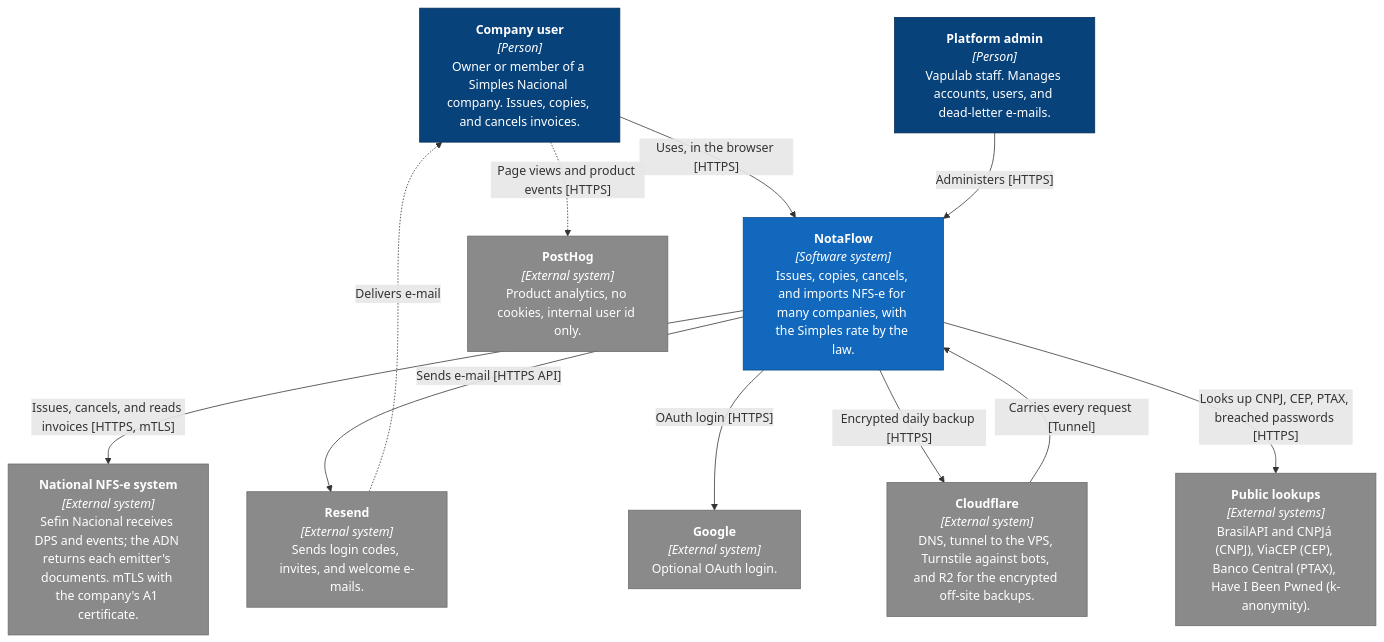
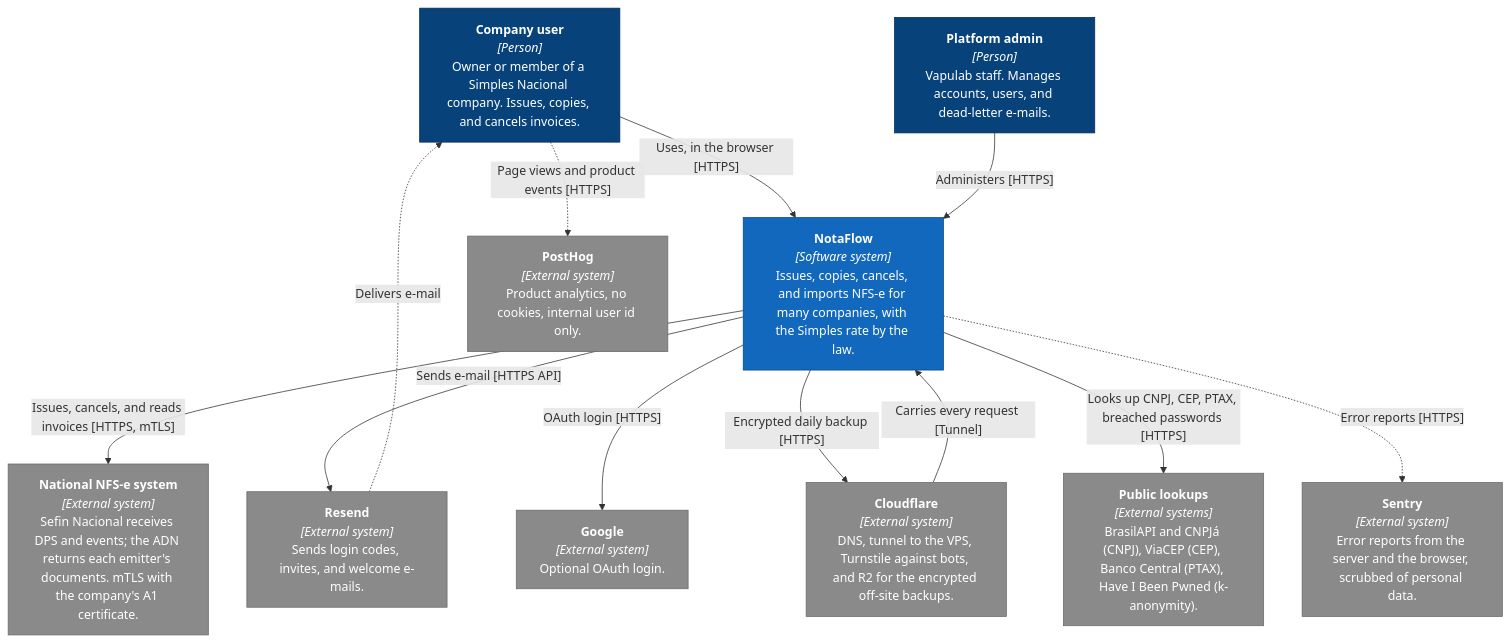
The diagram in docs/ENGINEERING/ARCHITECTURE/diagrams/c4-1-context.mmd (Vapulab/notaflow), drawn with Mermaid before and after one commit. The commit also changed 26 other files, not shown here.

First line of the commit message:
feat: error reports to Sentry, scrubbed of personal data

```diff
--- a/docs/ENGINEERING/ARCHITECTURE/diagrams/c4-1-context.mmd
+++ b/docs/ENGINEERING/ARCHITECTURE/diagrams/c4-1-context.mmd
@@ -1,31 +1,33 @@
 %% C4 level 1: system context. Render with diagrams/render.html (see README.md).
 flowchart TB
   owner["<b>Company user</b><br/><i>[Person]</i><br/>Owner or member of a Simples Nacional company. Issues, copies, and cancels invoices."]
   admin["<b>Platform admin</b><br/><i>[Person]</i><br/>Vapulab staff. Manages accounts, users, and dead-letter e-mails."]
 
   notaflow["<b>NotaFlow</b><br/><i>[Software system]</i><br/>Issues, copies, cancels, and imports NFS-e for many companies, with the Simples rate by the law."]
 
   nacional["<b>National NFS-e system</b><br/><i>[External system]</i><br/>Sefin Nacional receives DPS and events; the ADN returns each emitter's documents. mTLS with the company's A1 certificate."]
   resend["<b>Resend</b><br/><i>[External system]</i><br/>Sends login codes, invites, and welcome e-mails."]
   google["<b>Google</b><br/><i>[External system]</i><br/>Optional OAuth login."]
   cloudflare["<b>Cloudflare</b><br/><i>[External system]</i><br/>DNS, tunnel to the VPS, Turnstile against bots, and R2 for the encrypted off-site backups."]
   lookups["<b>Public lookups</b><br/><i>[External systems]</i><br/>BrasilAPI and CNPJá (CNPJ), ViaCEP (CEP), Banco Central (PTAX), Have I Been Pwned (k-anonymity)."]
   posthog["<b>PostHog</b><br/><i>[External system]</i><br/>Product analytics, no cookies, internal user id only."]
+  sentry["<b>Sentry</b><br/><i>[External system]</i><br/>Error reports from the server and the browser, scrubbed of personal data."]
 
   owner -- "Uses, in the browser [HTTPS]" --> notaflow
   admin -- "Administers [HTTPS]" --> notaflow
   notaflow -- "Issues, cancels, and reads invoices [HTTPS, mTLS]" --> nacional
   notaflow -- "Sends e-mail [HTTPS API]" --> resend
   notaflow -- "OAuth login [HTTPS]" --> google
   cloudflare -- "Carries every request [Tunnel]" --> notaflow
   notaflow -- "Encrypted daily backup [HTTPS]" --> cloudflare
   notaflow -- "Looks up CNPJ, CEP, PTAX, breached passwords [HTTPS]" --> lookups
   owner -. "Page views and product events [HTTPS]" .-> posthog
+  notaflow -. "Error reports [HTTPS]" .-> sentry
   resend -. "Delivers e-mail" .-> owner
 
   classDef person fill:#08427b,stroke:#052e56,color:#fff
   classDef system fill:#1168bd,stroke:#0b4884,color:#fff
   classDef external fill:#8a8a8a,stroke:#6b6b6b,color:#fff
   class owner,admin person
   class notaflow system
-  class nacional,resend,google,cloudflare,lookups,posthog external
+  class nacional,resend,google,cloudflare,lookups,posthog,sentry external
```
